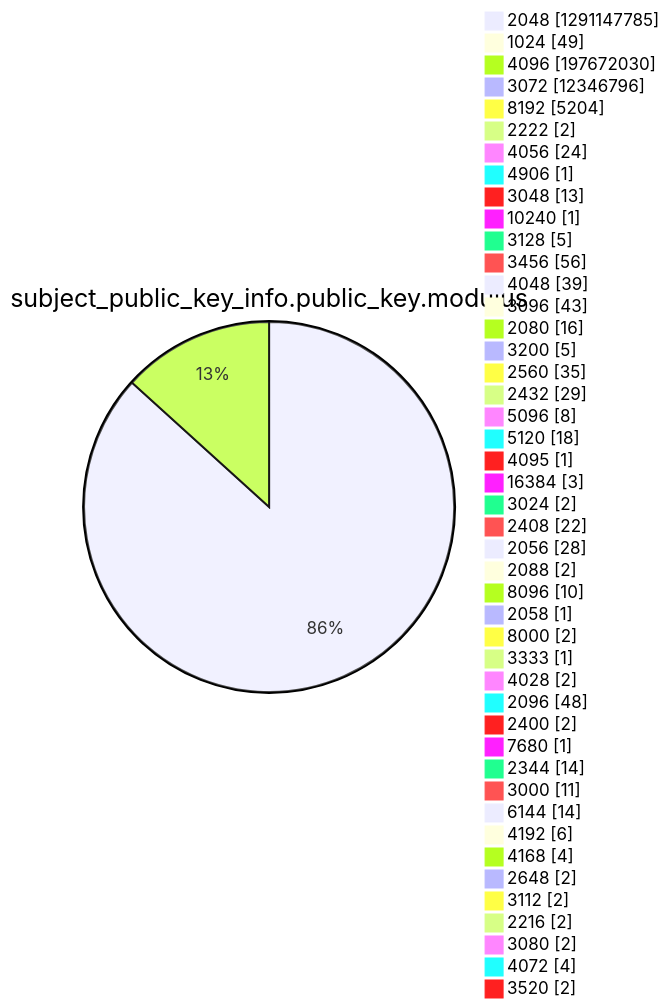
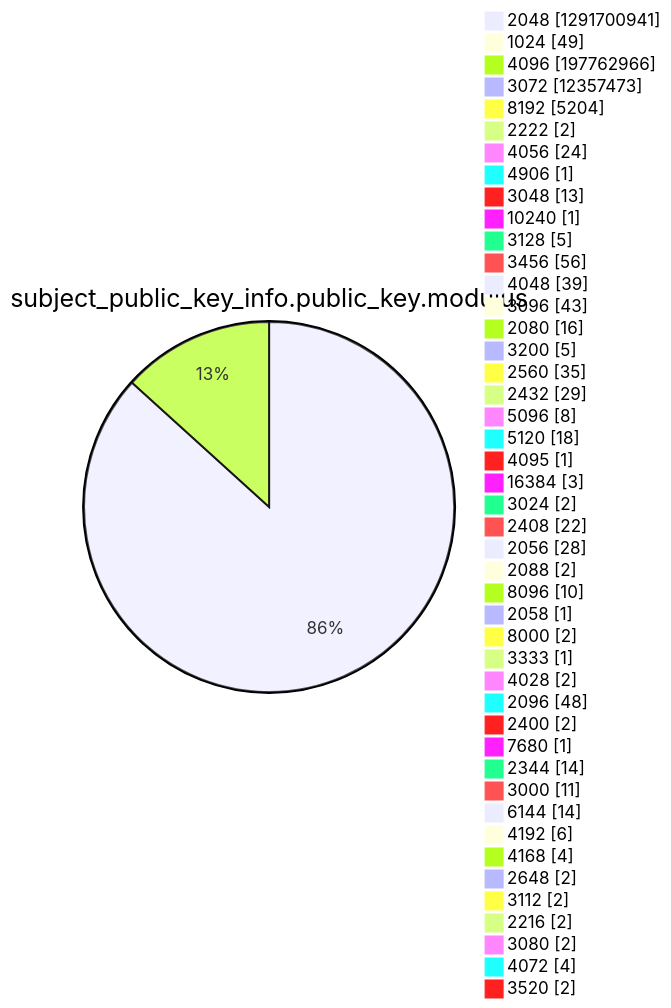
Before and after one commit to christiankrug/ctmonitor_visualization: diagram 13 of 15 in xenon2022/README.md, drawn with Mermaid. The commit also changed other lines of this file, not shown here.

````diff
--- a/xenon2022/README.md
+++ b/xenon2022/README.md
@@ -3921,49 +3921,49 @@
 ```mermaid
 pie showData
 title subject_public_key_info.public_key.modulus
-"2048" :1291147785
+"2048" :1291700941
 "1024" :49
-"4096" :197672030
-"3072" :12346796
+"4096" :197762966
+"3072" :12357473
 "8192" :5204
 "2222" :2
 "4056" :24
 "4906" :1
 "3048" :13
 "10240" :1
 "3128" :5
 "3456" :56
 "4048" :39
 "3096" :43
 "2080" :16
 "3200" :5
 "2560" :35
 "2432" :29
 "5096" :8
 "5120" :18
 "4095" :1
 "16384" :3
 "3024" :2
 "2408" :22
 "2056" :28
 "2088" :2
 "8096" :10
 "2058" :1
 "8000" :2
 "3333" :1
 "4028" :2
 "2096" :48
 "2400" :2
 "7680" :1
 "2344" :14
 "3000" :11
 "6144" :14
 "4192" :6
 "4168" :4
 "2648" :2
 "3112" :2
 "2216" :2
 "3080" :2
 "4072" :4
 "3520" :2
 ```
````
